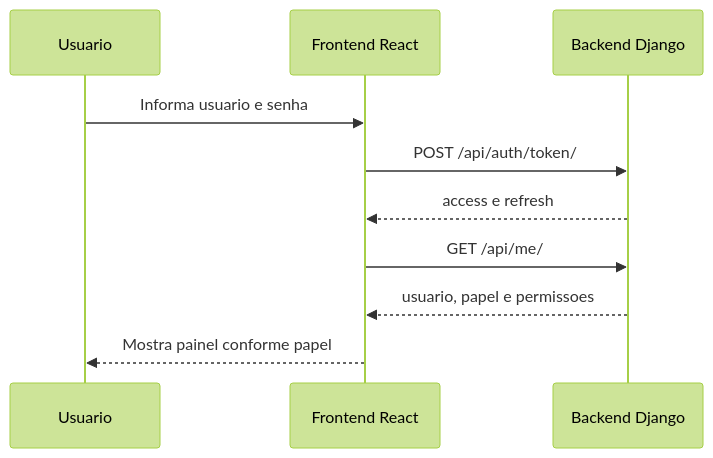
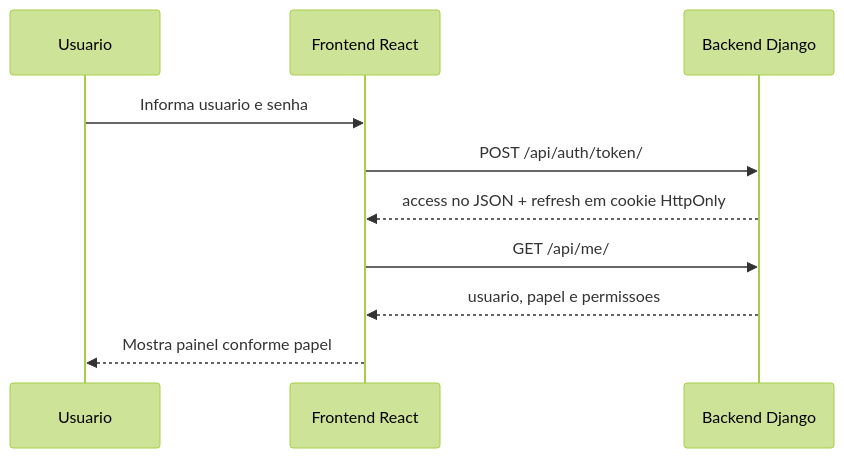
Before and after one commit to DanielKGM/autoponto: the second of 7 diagrams in autoponto-frontend/docs/diagramas-tcc.md, drawn with Mermaid (forest theme). The commit also changed other lines of this file and 17 other files, not shown here.

First line of the commit message:
Refactor API documentation and frontend structure; update requirements and improve user flows

````diff
--- a/autoponto-frontend/docs/diagramas-tcc.md
+++ b/autoponto-frontend/docs/diagramas-tcc.md
@@ -27,13 +33,13 @@
 ```mermaid
 sequenceDiagram
     participant Usuario as Usuario
     participant Front as Frontend React
     participant API as Backend Django
 
     Usuario->>Front: Informa usuario e senha
     Front->>API: POST /api/auth/token/
-    API-->>Front: access e refresh
+    API-->>Front: access no JSON + refresh em cookie HttpOnly
     Front->>API: GET /api/me/
     API-->>Front: usuario, papel e permissoes
     Front-->>Usuario: Mostra painel conforme papel
 ```
````
